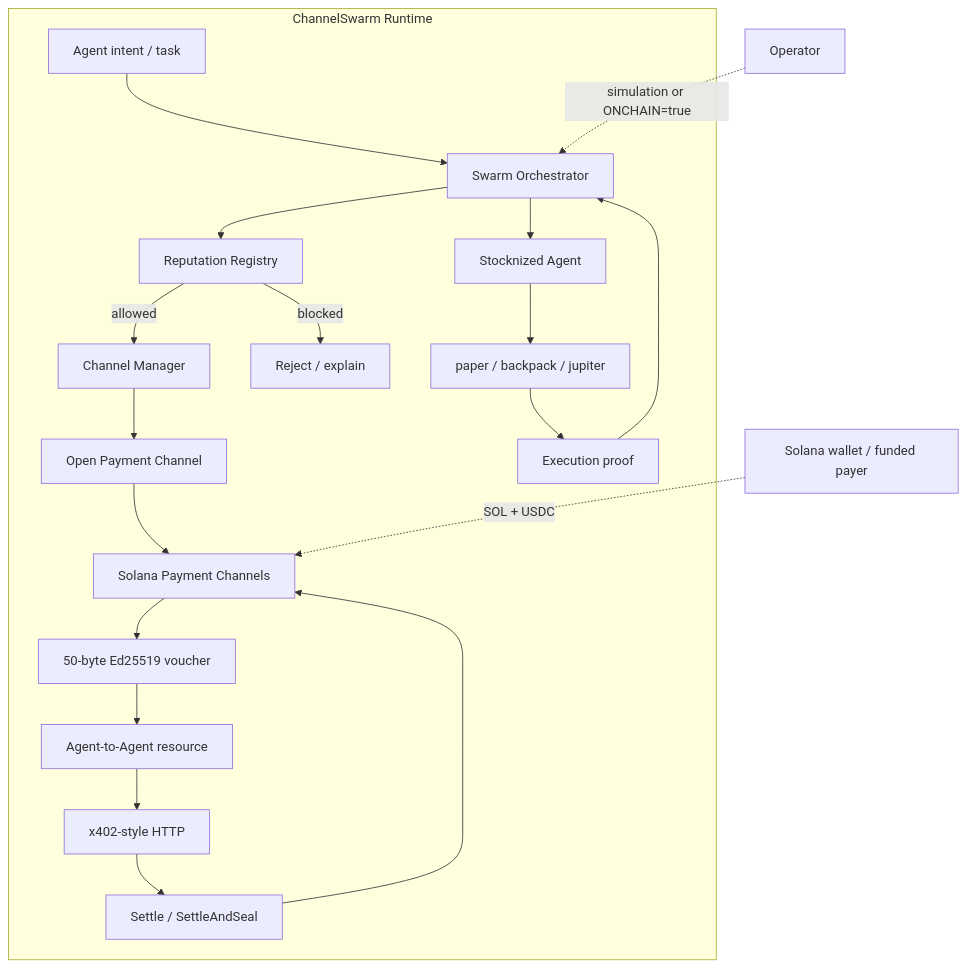
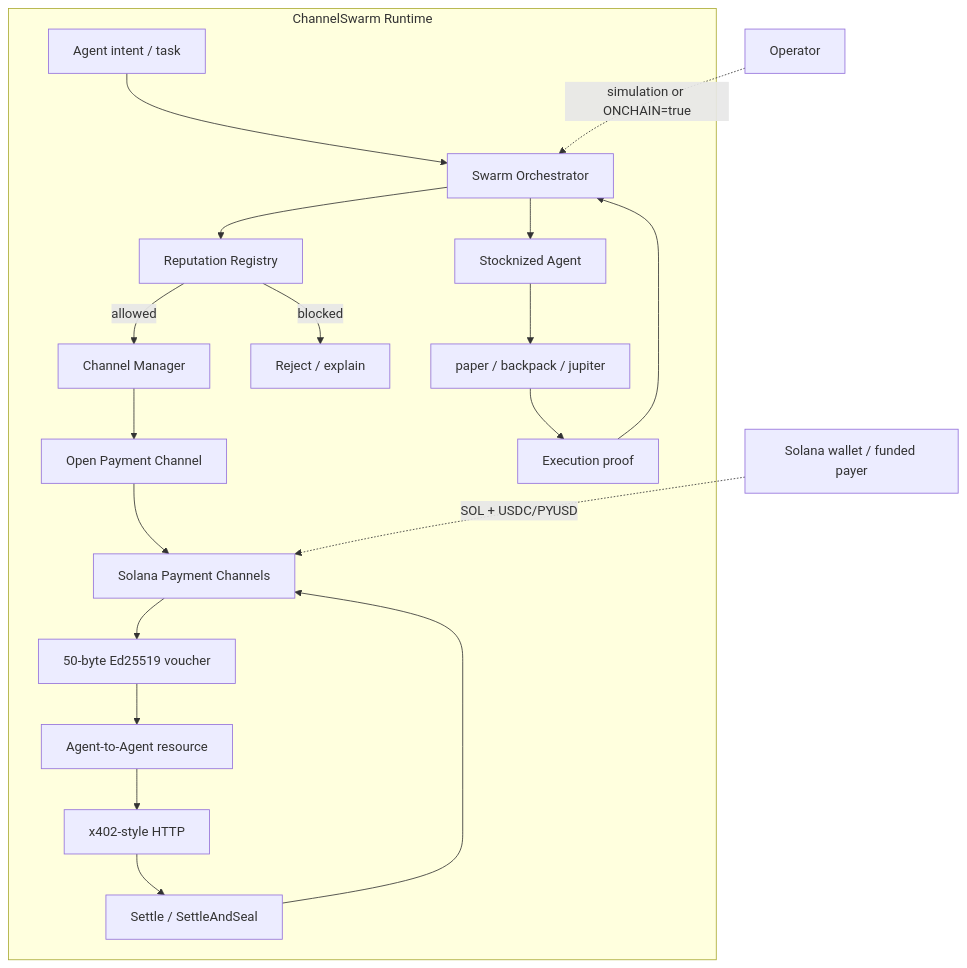
Before and after one commit to wadezigh96/Channel_Swarm: the diagram in README.md, drawn with Mermaid. The commit also changed other lines of this file, not shown here.

Commit message:
docs: document PYUSD (PayPal USD) support on Solana

````diff
--- a/README.md
+++ b/README.md
@@ -54,26 +56,26 @@
 ```mermaid
 flowchart TB
     subgraph ChannelSwarm["ChannelSwarm Runtime"]
         U["Agent intent / task"] --> O["Swarm Orchestrator"]
         O --> REP["Reputation Registry"]
         REP -->|allowed| CM["Channel Manager"]
         REP -->|blocked| X["Reject / explain"]
 
         CM --> OPEN["Open Payment Channel"]
         OPEN --> PC["Solana Payment Channels"]
         PC --> V["50-byte Ed25519 voucher"]
 
         V --> A["Agent-to-Agent resource"]
         A --> X402["x402-style HTTP"]
         X402 --> SET["Settle / SettleAndSeal"]
         SET --> PC
 
         O --> STOCK["Stocknized Agent"]
         STOCK --> EXEC["paper / backpack / jupiter"]
         EXEC --> PROOF["Execution proof"]
         PROOF --> O
     end
 
-    SOL["Solana wallet / funded payer"] -.->|SOL + USDC| PC
+    SOL["Solana wallet / funded payer"] -.->|SOL + USDC/PYUSD| PC
     USER["Operator"] -.->|simulation or ONCHAIN=true| O
 ```
````
